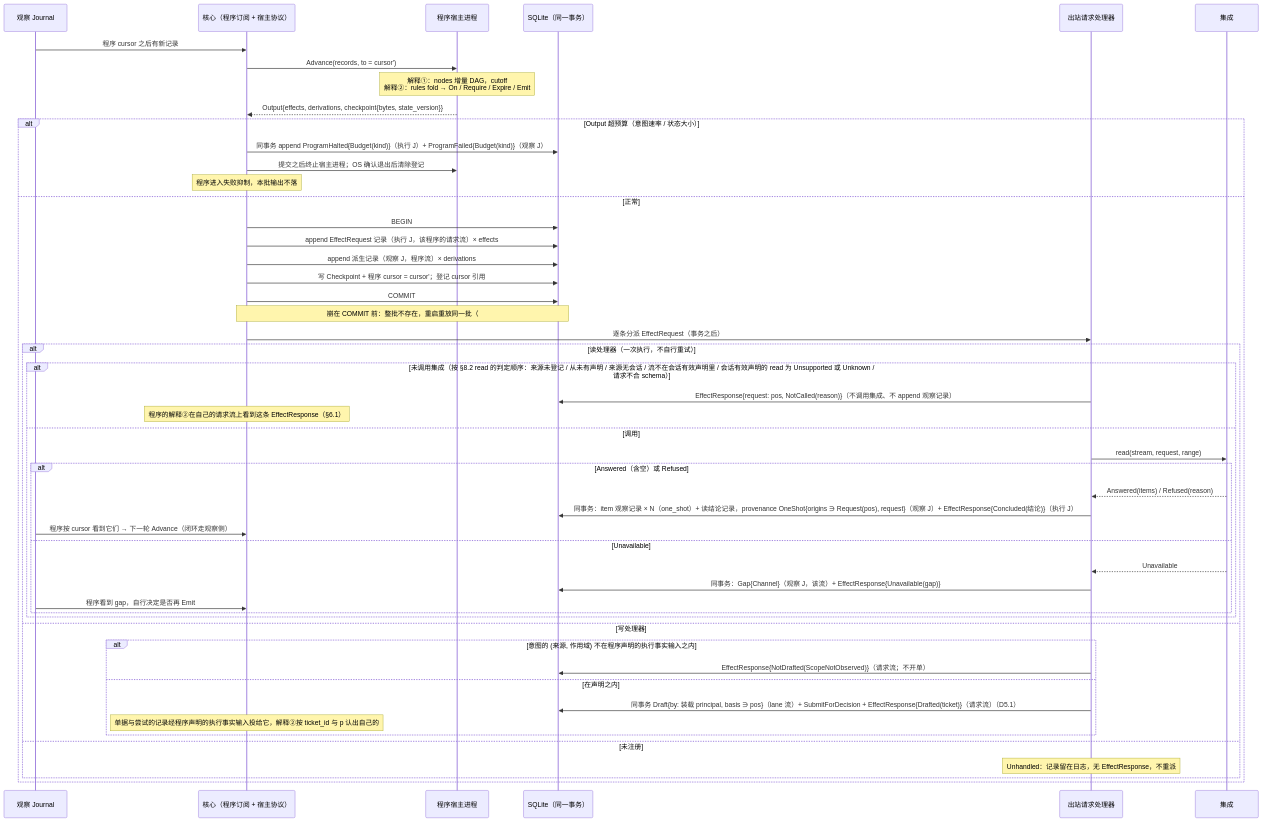
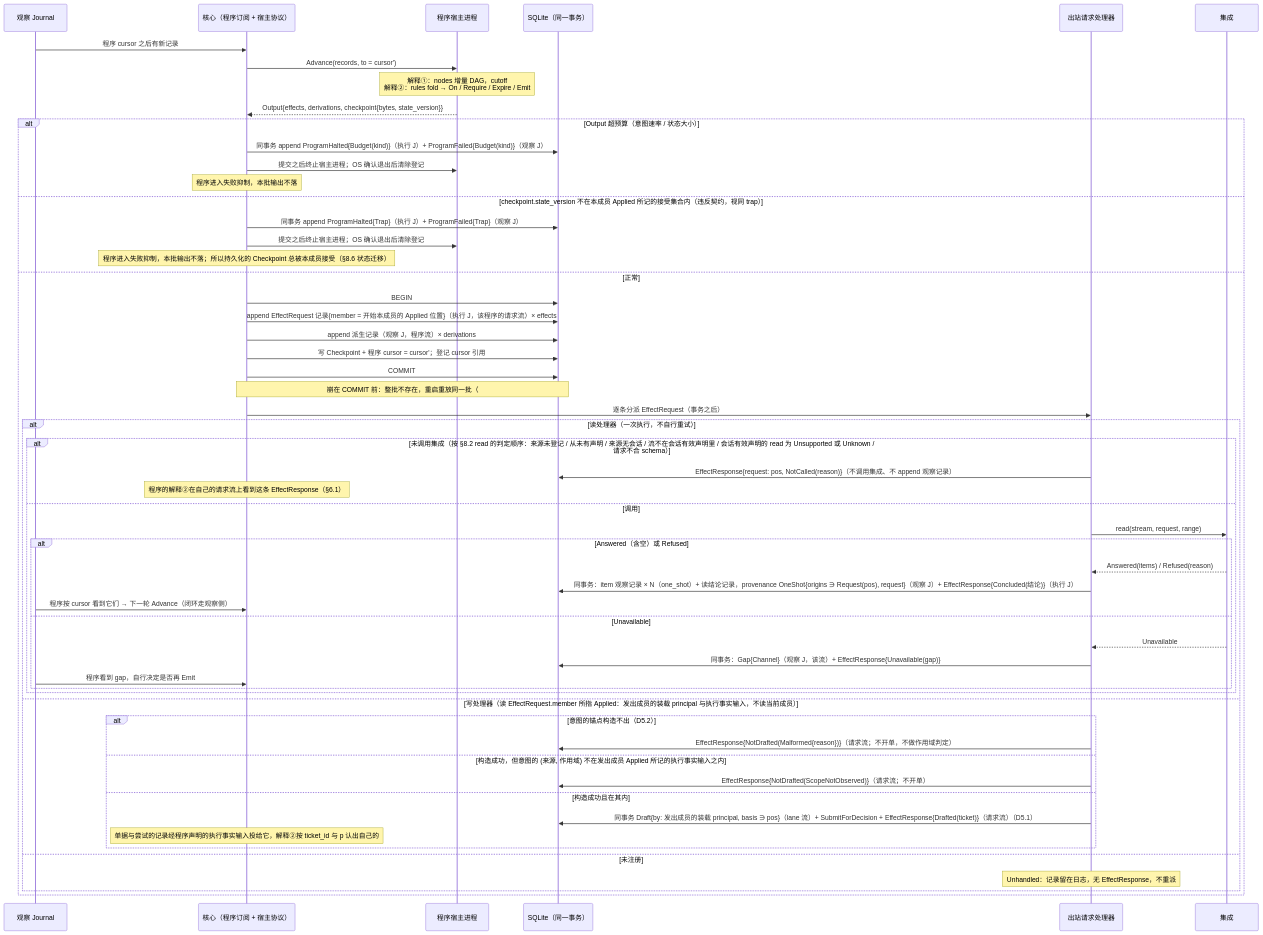
One commit to mouriya-s-lab/uta changed the first of 3 diagrams in design/diagrams/04-program-host.md. Above: the diagram before and after it, drawn with Mermaid. The commit also changed other lines of this file and 7 other files, not shown here.

Commit message:
design: requests bound to their emitting program member, checkpoint version contract enforced on output, waiting members on replacement

````diff
--- a/design/diagrams/04-program-host.md
+++ b/design/diagrams/04-program-host.md
@@ -9,52 +9,58 @@
 ```mermaid
 sequenceDiagram
   participant J as 观察 Journal
   participant C as 核心（程序订阅 + 宿主协议）
   participant H as 程序宿主进程
   participant DB as SQLite（同一事务）
   participant O as 出站请求处理器
   participant I as 集成
   J->>C: 程序 cursor 之后有新记录
   C->>H: Advance(records, to = cursor')
   Note over H: 解释①：nodes 增量 DAG，cutoff<br/>解释②：rules fold → On / Require / Expire / Emit
   H-->>C: Output{effects, derivations, checkpoint{bytes, state_version}}
   alt Output 超预算（意图速率 / 状态大小）
     C->>DB: 同事务 append ProgramHalted{Budget(kind)}（执行 J）+ ProgramFailed{Budget(kind)}（观察 J）
     C->>H: 提交之后终止宿主进程；OS 确认退出后清除登记
     Note over C: 程序进入失败抑制，本批输出不落
+  else checkpoint.state_version 不在本成员 Applied 所记的接受集合内（违反契约，视同 trap）
+    C->>DB: 同事务 append ProgramHalted{Trap}（执行 J）+ ProgramFailed{Trap}（观察 J）
+    C->>H: 提交之后终止宿主进程；OS 确认退出后清除登记
+    Note over C: 程序进入失败抑制，本批输出不落；所以持久化的 Checkpoint 总被本成员接受（§8.6 状态迁移）
   else 正常
     C->>DB: BEGIN
-    C->>DB: append EffectRequest 记录（执行 J，该程序的请求流）× effects
+    C->>DB: append EffectRequest 记录{member = 开始本成员的 Applied 位置}（执行 J，该程序的请求流）× effects
     C->>DB: append 派生记录（观察 J，程序流）× derivations
     C->>DB: 写 Checkpoint + 程序 cursor = cursor'；登记 cursor 引用
     C->>DB: COMMIT
     Note over C,DB: 崩在 COMMIT 前：整批不存在，重启重放同一批（#16）
     C->>O: 逐条分派 EffectRequest（事务之后）
     alt 读处理器（一次执行，不自行重试）
       alt 未调用集成（按 §8.2 read 的判定顺序：来源未登记 / 从未有声明 / 来源无会话 / 流不在会话有效声明里 / 会话有效声明的 read 为 Unsupported 或 Unknown / 请求不合 schema）
         O->>DB: EffectResponse{request: pos, NotCalled(reason)}（不调用集成、不 append 观察记录）
         Note over C: 程序的解释②在自己的请求流上看到这条 EffectResponse（§6.1）
       else 调用
         O->>I: read(stream, request, range)
         alt Answered（含空）或 Refused
           I-->>O: Answered(items) / Refused(reason)
           O->>DB: 同事务：item 观察记录 × N（one_shot）+ 读结论记录，provenance OneShot{origins ∋ Request(pos), request}（观察 J）+ EffectResponse{Concluded(结论)}（执行 J）
           J->>C: 程序按 cursor 看到它们 → 下一轮 Advance（闭环走观察侧）
         else Unavailable
           I-->>O: Unavailable
           O->>DB: 同事务：Gap{Channel}（观察 J，该流）+ EffectResponse{Unavailable(gap)}
           J->>C: 程序看到 gap，自行决定是否再 Emit
         end
       end
-    else 写处理器
-      alt 意图的 (来源, 作用域) 不在程序声明的执行事实输入之内
+    else 写处理器（读 EffectRequest.member 所指 Applied：发出成员的装载 principal 与执行事实输入，不读当前成员）
+      alt 意图的锚点构造不出（D5.2）
+        O->>DB: EffectResponse{NotDrafted(Malformed{reason})}（请求流；不开单，不做作用域判定）
+      else 构造成功，但意图的 (来源, 作用域) 不在发出成员 Applied 所记的执行事实输入之内
         O->>DB: EffectResponse{NotDrafted(ScopeNotObserved)}（请求流；不开单）
-      else 在声明之内
-        O->>DB: 同事务 Draft{by: 装载 principal, basis ∋ pos}（lane 流）+ SubmitForDecision + EffectResponse{Drafted(ticket)}（请求流）（D5.1）
+      else 构造成功且在其内
+        O->>DB: 同事务 Draft{by: 发出成员的装载 principal, basis ∋ pos}（lane 流）+ SubmitForDecision + EffectResponse{Drafted(ticket)}（请求流）（D5.1）
         Note over C: 单据与尝试的记录经程序声明的执行事实输入投给它，解释②按 ticket_id 与 p 认出自己的
       end
     else 未注册
       Note over O: Unhandled：记录留在日志，无 EffectResponse，不重派
     end
   end
 ```
````
